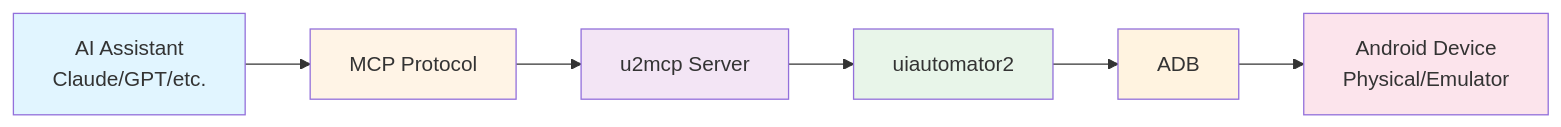
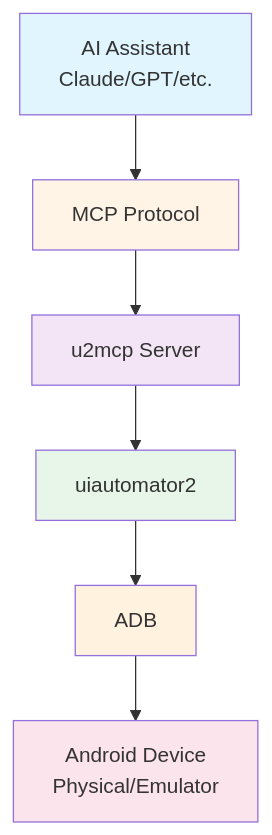
Before and after one commit to tanbro/uiautomator2-mcp-server: the diagram in README.md, drawn with Mermaid. The commit also changed other lines of this file and 2 other files, not shown here.

````diff
--- a/README.md
+++ b/README.md
@@ -68,15 +68,15 @@
 ```mermaid
-graph LR
+graph TD
     AI[AI Assistant<br/>Claude/GPT/etc.] --> MCP[MCP Protocol]
     MCP --> Server[u2mcp Server]
     Server --> uiautomator2[uiautomator2]
     uiautomator2 --> ADB[ADB]
     ADB --> Device[Android Device<br/>Physical/Emulator]
 
     style AI fill:#e1f5ff
     style MCP fill:#fff4e6
     style Server fill:#f3e5f5
     style uiautomator2 fill:#e8f5e9
     style ADB fill:#fff3e0
     style Device fill:#fce4ec
 ```
````
